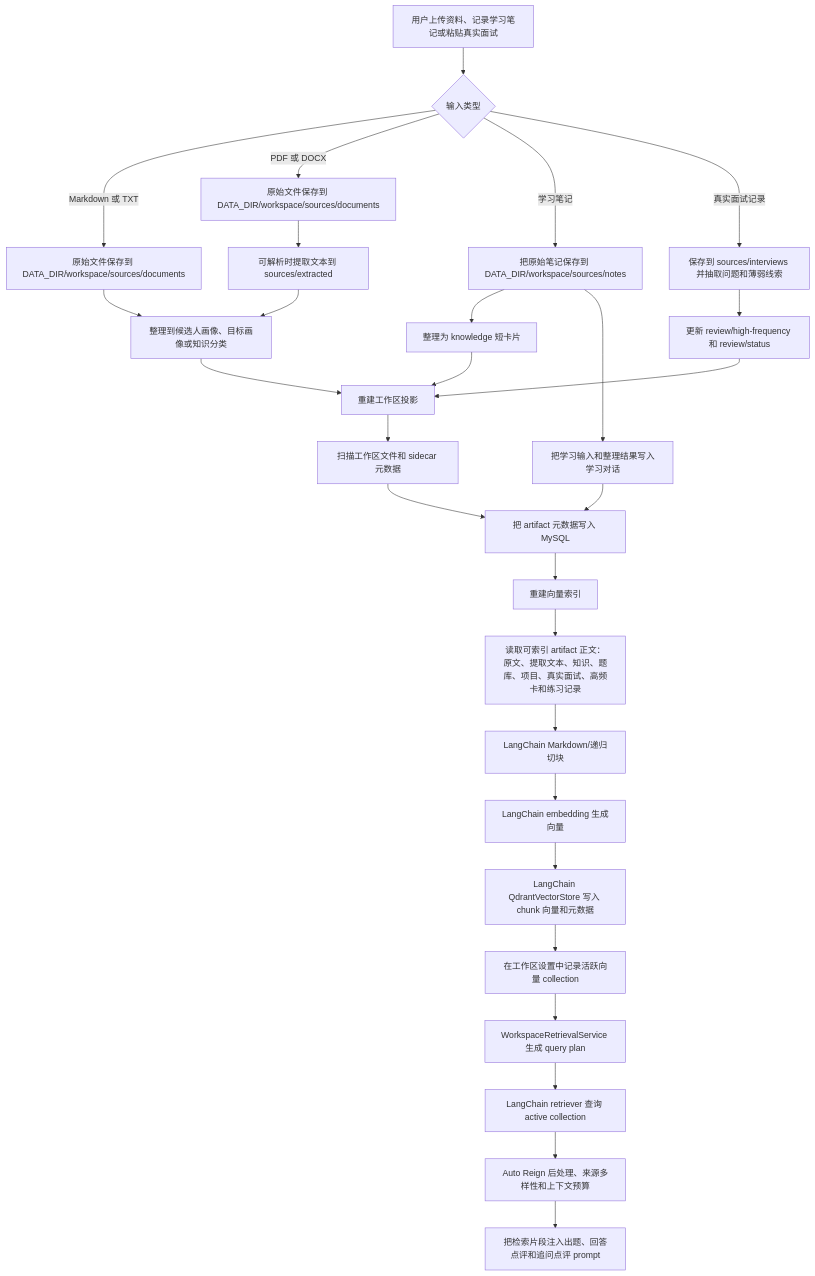
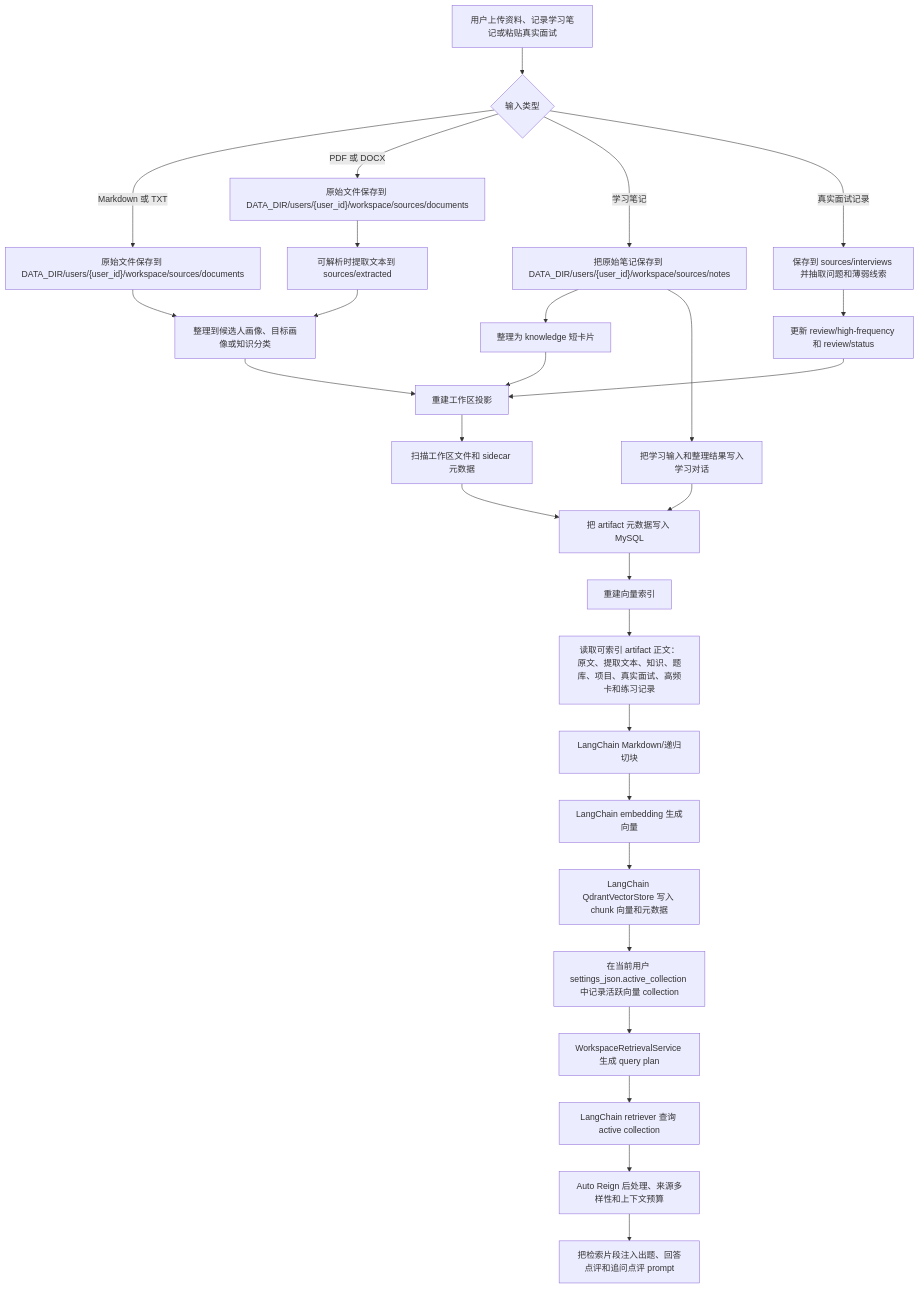
One commit to wxcfox/auto-reign changed the diagram in docs/knowledge-data-flow.md. Above: the diagram before and after it, drawn with Mermaid. The commit also changed other lines of this file and 10 other files, not shown here.

````diff
--- a/docs/knowledge-data-flow.md
+++ b/docs/knowledge-data-flow.md
@@ -5,30 +5,30 @@
 ```mermaid
 flowchart TD
   A["用户上传资料、记录学习笔记或粘贴真实面试"] --> B{"输入类型"}
-  B -->|Markdown 或 TXT| C["原始文件保存到 DATA_DIR/workspace/sources/documents"]
-  B -->|PDF 或 DOCX| D["原始文件保存到 DATA_DIR/workspace/sources/documents"]
+  B -->|Markdown 或 TXT| C["原始文件保存到 DATA_DIR/users/{user_id}/workspace/sources/documents"]
+  B -->|PDF 或 DOCX| D["原始文件保存到 DATA_DIR/users/{user_id}/workspace/sources/documents"]
   D --> E["可解析时提取文本到 sources/extracted"]
-  B -->|学习笔记| F["把原始笔记保存到 DATA_DIR/workspace/sources/notes"]
+  B -->|学习笔记| F["把原始笔记保存到 DATA_DIR/users/{user_id}/workspace/sources/notes"]
   B -->|真实面试记录| V["保存到 sources/interviews 并抽取问题和薄弱线索"]
   F --> G["整理为 knowledge 短卡片"]
   V --> W["更新 review/high-frequency 和 review/status"]
   C --> H["整理到候选人画像、目标画像或知识分类"]
   E --> H
   G --> I["重建工作区投影"]
   W --> I
   H --> I
   I --> J["扫描工作区文件和 sidecar 元数据"]
   J --> K["把 artifact 元数据写入 MySQL"]
   F --> Y["把学习输入和整理结果写入学习对话"]
   Y --> K
   K --> L["重建向量索引"]
   L --> M["读取可索引 artifact 正文：原文、提取文本、知识、题库、项目、真实面试、高频卡和练习记录"]
   M --> N["LangChain Markdown/递归切块"]
   N --> O["LangChain embedding 生成向量"]
   O --> P["LangChain QdrantVectorStore 写入 chunk 向量和元数据"]
-  P --> Q["在工作区设置中记录活跃向量 collection"]
+  P --> Q["在当前用户 settings_json.active_collection 中记录活跃向量 collection"]
   Q --> R["WorkspaceRetrievalService 生成 query plan"]
   R --> S["LangChain retriever 查询 active collection"]
   S --> T["Auto Reign 后处理、来源多样性和上下文预算"]
   T --> U["把检索片段注入出题、回答点评和追问点评 prompt"]
 ```
````
